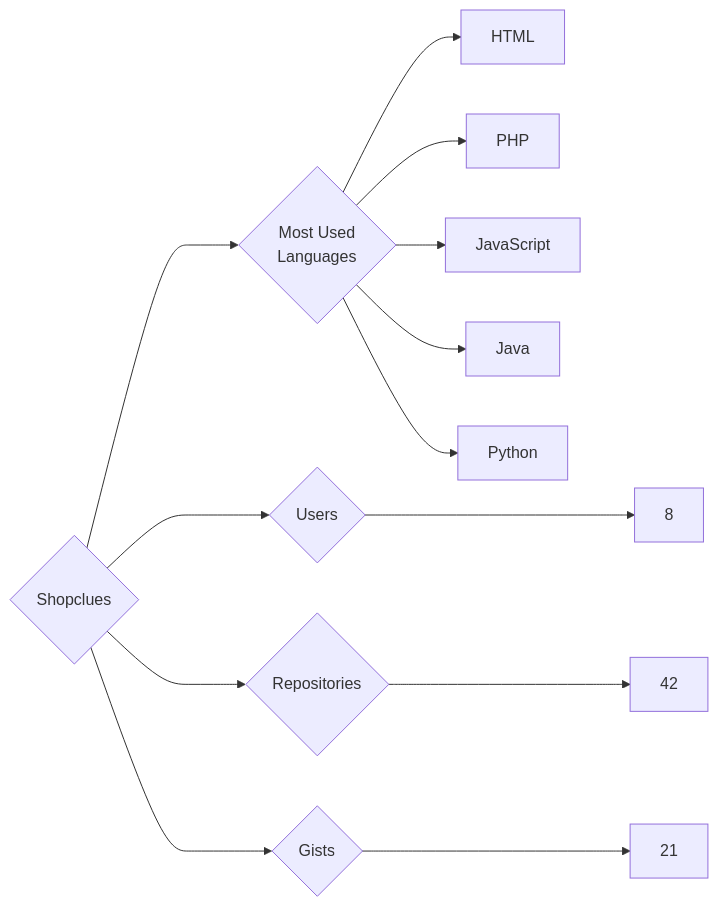
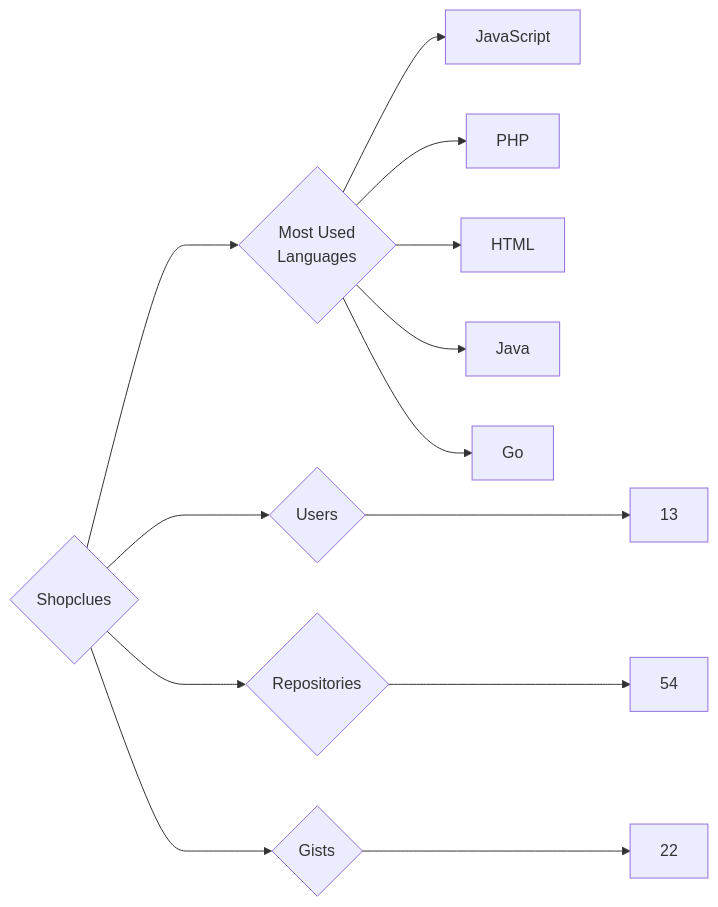
One commit to trickest/insiders changed the diagram in targets/Shopclues/README.md. Above: the diagram before and after it, drawn with Mermaid. The commit also changed 953 other files, not shown here.

````diff
--- a/targets/Shopclues/README.md
+++ b/targets/Shopclues/README.md
@@ -3,13 +3,13 @@
 ```mermaid
 graph LR
 COMPANY_NAME{Shopclues}
-COMPANY_NAME ---> U{Users} ---> UN[8]
-COMPANY_NAME ---> R{Repositories} ---> RN[42]
-COMPANY_NAME ---> G{Gists} ---> GN[21]
+COMPANY_NAME ---> U{Users} ---> UN[13]
+COMPANY_NAME ---> R{Repositories} ---> RN[54]
+COMPANY_NAME ---> G{Gists} ---> GN[22]
 COMPANY_NAME ---> ML{Most Used<br>Languages}
+ML --> JavaScript[JavaScript]
+ML --> PHP[PHP]
 ML --> HTML[HTML]
-ML --> PHP[PHP]
-ML --> JavaScript[JavaScript]
 ML --> Java[Java]
-ML --> Python[Python]
+ML --> Go[Go]
 ```
````
